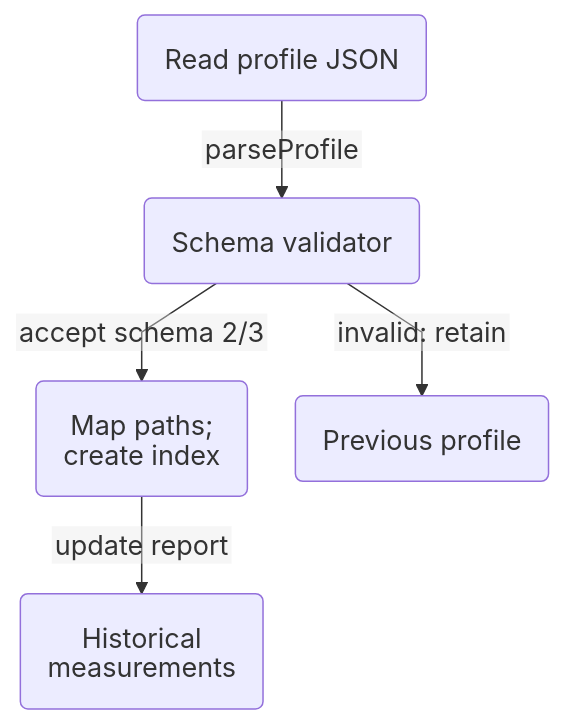
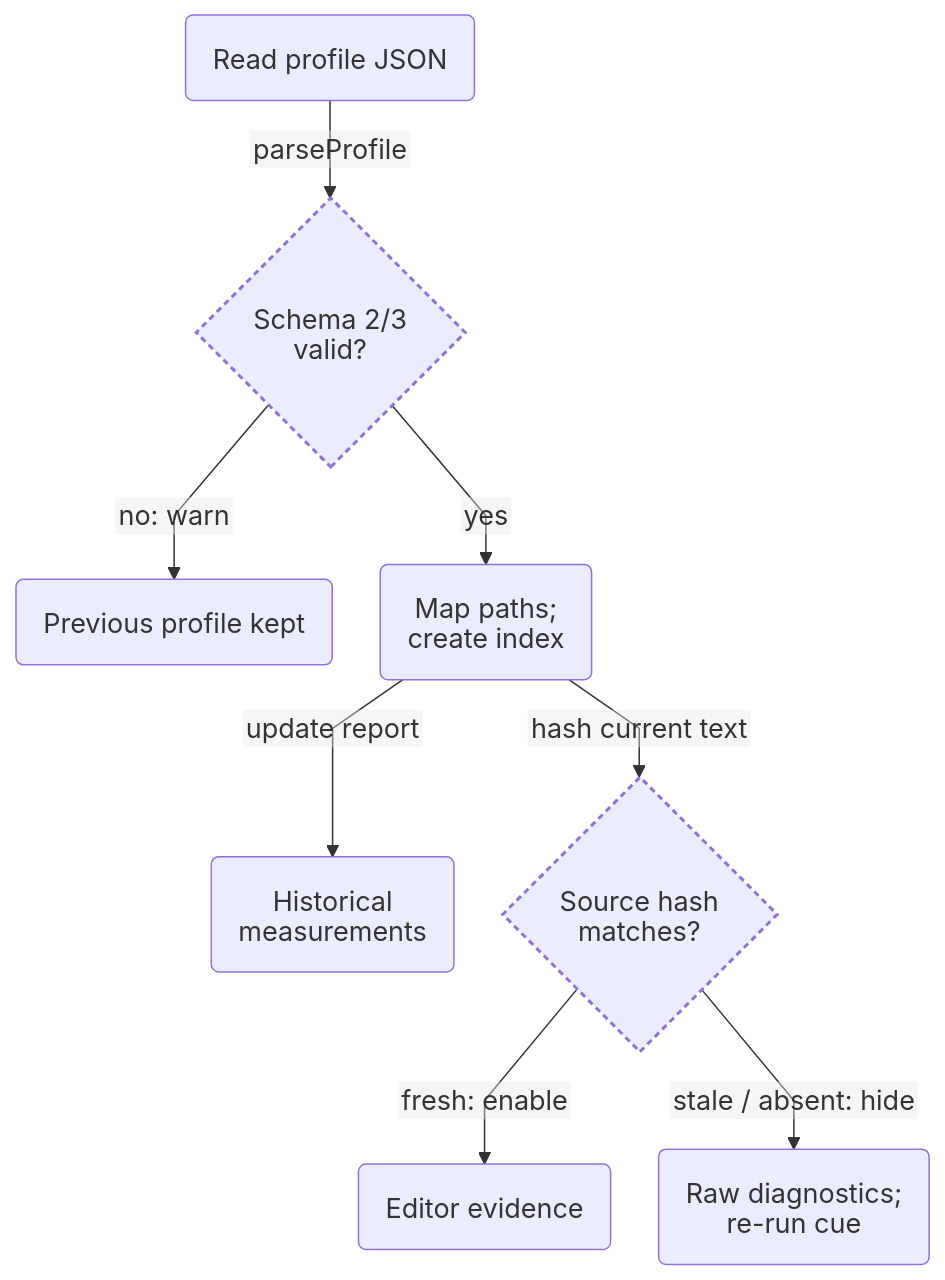
One commit to AashishTangnami/python-memory-guardian changed the fifth of 16 diagrams in docs/feature-map.md. Above: the diagram before and after it, drawn with Mermaid. The commit also changed other lines of this file and 6 other files, not shown here.

Commit message:
docs: consolidate feature-map diagrams and close source/doc gaps

````diff
--- a/docs/feature-map.md
+++ b/docs/feature-map.md
@@ -223,8 +201,13 @@
 ```mermaid
 %%{init: {"fontFamily":"Arial, sans-serif","themeVariables":{"fontSize":"18px","fontFamily":"Arial, sans-serif"},"flowchart":{"curve":"linear","nodeSpacing":32,"rankSpacing":40,"diagramPadding":8,"padding":18,"subGraphTitleMargin":{"top":10,"bottom":24},"htmlLabels":false},"layout":"dagre","htmlLabels":false,"themeCSS":".node rect, .cluster rect { rx: 10px; ry: 10px; } .label, .nodeLabel, .edgeLabel, .cluster-label { letter-spacing: normal; word-spacing: normal; } .edgeLabel rect { stroke: currentColor !important; stroke-width: 1px !important; stroke-dasharray: none; opacity: 1 !important; fill-opacity: 1; rx: 4px; ry: 4px; }"}}%%
 flowchart TD
-Load("Read profile JSON") -->|parseProfile| Valid("Schema validator")
-    Valid -->|accept schema 2/3| Index("Map paths;<br/>create index")
-    Valid -->|invalid: retain| Old("Previous profile")
-    Index -->|update report| Report("Historical measurements")
+    Load("Read profile JSON") -->|parseProfile| Valid{"Schema 2/3<br/>valid?"}
+    Valid -->|no: warn| Old("Previous profile kept")
+    Valid -->|yes| Index("Map paths;<br/>create index")
+    Index -->|update report| Report("Historical<br/>measurements")
+    Index -->|hash current text| Check{"Source hash<br/>matches?"}
+    Check -->|fresh: enable| Editor("Editor evidence")
+    Check -->|stale / absent: hide| Stale("Raw diagnostics;<br/>re-run cue")
+    classDef decision stroke-width:2px,stroke-dasharray:4 3;
+    class Valid,Check decision;
 ```
````
